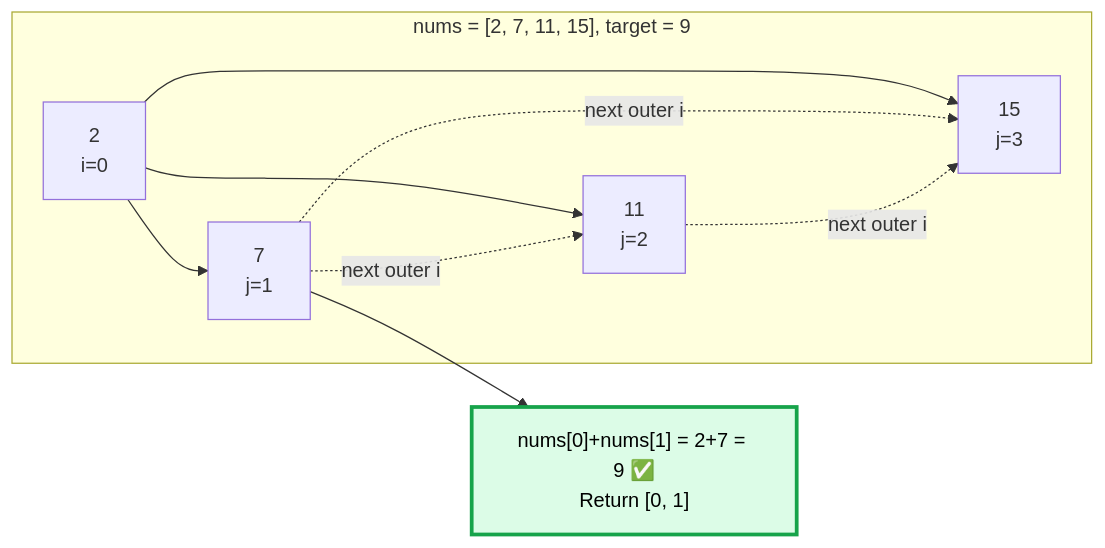
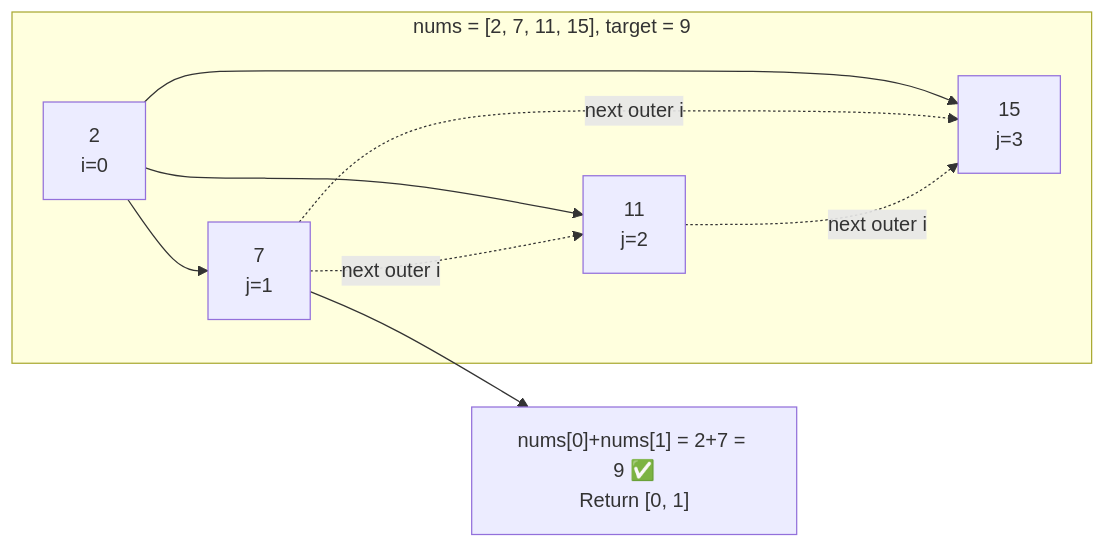
One commit to M-F-Tushar/LeetCode-Problem-Solving changed the fifth of 12 diagrams in 01 - Two Sum/README.md. Above: the diagram before and after it, drawn with Mermaid. The commit also changed other lines of this file and 6 other files, not shown here.

Commit message:
added 06 - Is Subsequence, 07 - Longest Consecutive Sequence

````diff
--- a/01 - Two Sum/README.md
+++ b/01 - Two Sum/README.md
@@ -137,21 +137,20 @@
 ```mermaid
 flowchart LR
     subgraph Array["nums = [2, 7, 11, 15], target = 9"]
         N0["2\ni=0"]
         N1["7\nj=1"]
         N2["11\nj=2"]
         N3["15\nj=3"]
     end
 
     N0 --> N1
     N0 --> N2
     N0 --> N3
     N1 -. next outer i .-> N2
     N1 -. next outer i .-> N3
     N2 -. next outer i .-> N3
 
     Found["nums[0]+nums[1] = 2+7 = 9 ✅\nReturn [0, 1]"]
     N1 --> Found
 
-    style Found fill:#dcfce7,stroke:#16a34a,stroke-width:3px,color:#000000
 ```
````
